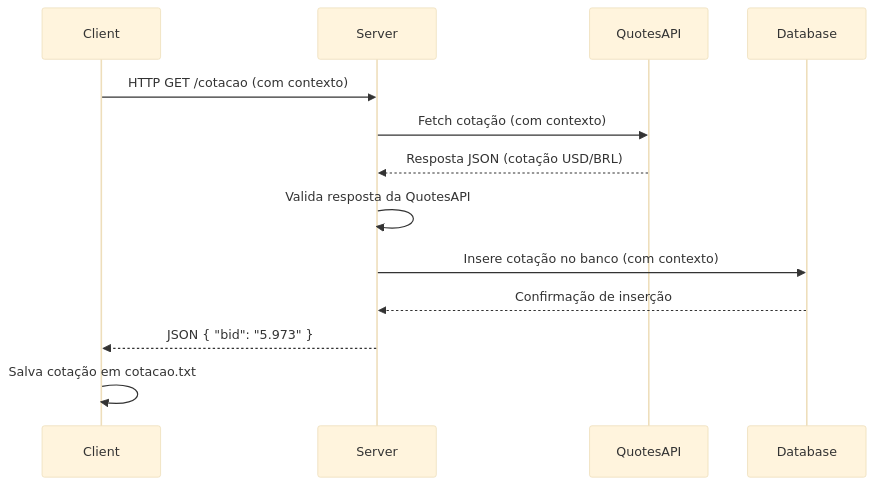
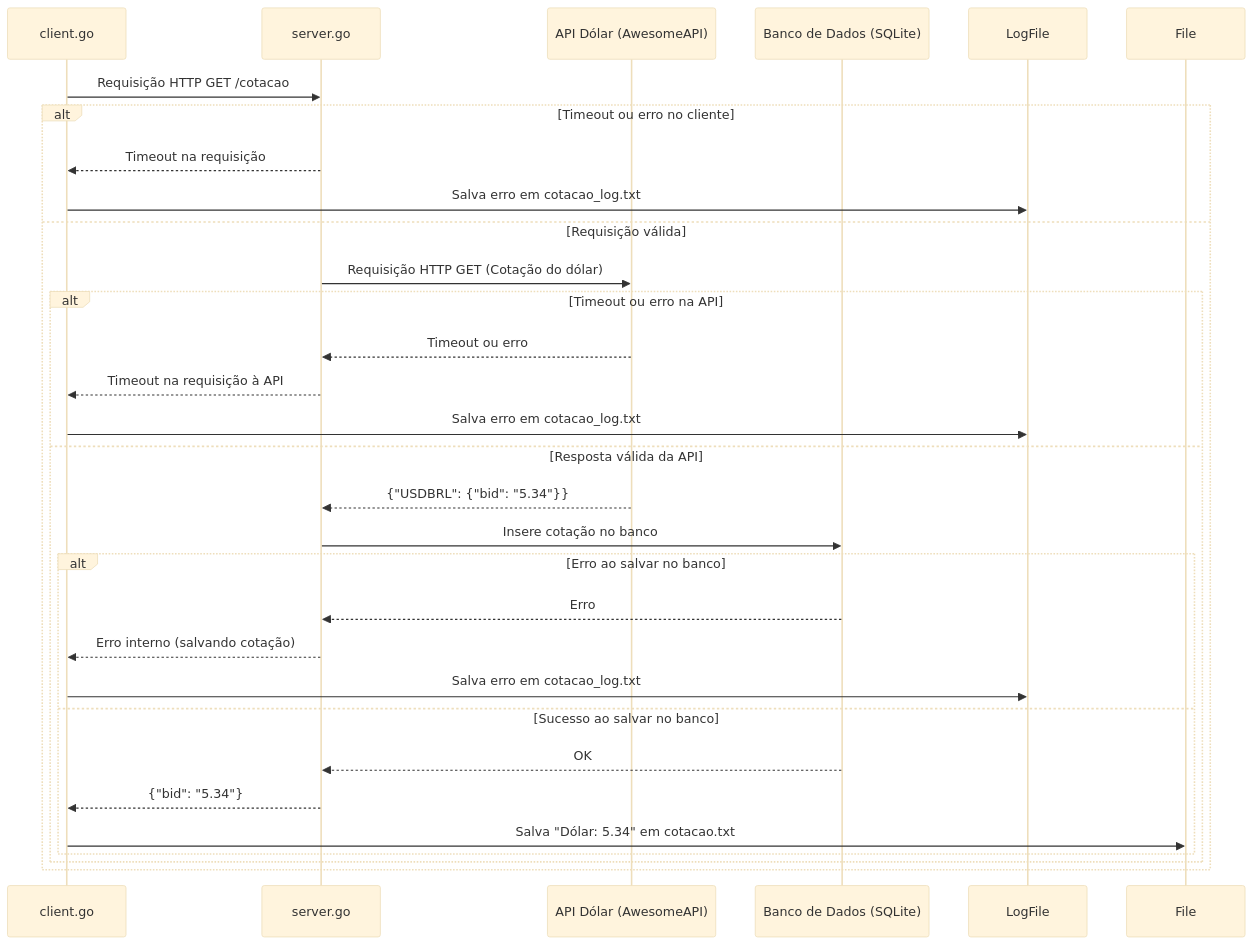
One commit to wellalencarweb/client-server-api changed the diagram in docs/sequenceDiagram.mmd. Above: the diagram before and after it, drawn with Mermaid. The commit also changed 1 other file, not shown here.

Commit message:
docs: :memo: Atualiza mermaid: diagrama de sequencia

```diff
--- a/docs/sequenceDiagram.mmd
+++ b/docs/sequenceDiagram.mmd
@@ -1,17 +1,33 @@
 ---
 config:
   theme: base
 ---
 sequenceDiagram
-    participant Client
-    participant Server
-    participant QuotesAPI
-    participant Database
-    Client->>Server: HTTP GET /cotacao (com contexto)
-    Server->>QuotesAPI: Fetch cotação (com contexto)
-    QuotesAPI-->>Server: Resposta JSON (cotação USD/BRL)
-    Server->>Server: Valida resposta da QuotesAPI
-    Server->>Database: Insere cotação no banco (com contexto)
-    Database-->>Server: Confirmação de inserção
-    Server-->>Client: JSON { "bid": "5.973" }
-    Client->>Client: Salva cotação em cotacao.txt
+    participant Client as client.go
+    participant Server as server.go
+    participant API as API Dólar (AwesomeAPI)
+    participant DB as Banco de Dados (SQLite)
+    Client->>Server: Requisição HTTP GET /cotacao
+    alt Timeout ou erro no cliente
+        Server-->>Client: Timeout na requisição
+        Client->>LogFile: Salva erro em cotacao_log.txt
+    else Requisição válida
+        Server->>API: Requisição HTTP GET (Cotação do dólar)
+        alt Timeout ou erro na API
+            API-->>Server: Timeout ou erro
+            Server-->>Client: Timeout na requisição à API
+            Client->>LogFile: Salva erro em cotacao_log.txt
+        else Resposta válida da API
+            API-->>Server: {"USDBRL": {"bid": "5.34"}}
+            Server->>DB: Insere cotação no banco
+            alt Erro ao salvar no banco
+                DB-->>Server: Erro
+                Server-->>Client: Erro interno (salvando cotação)
+                Client->>LogFile: Salva erro em cotacao_log.txt
+            else Sucesso ao salvar no banco
+                DB-->>Server: OK
+                Server-->>Client: {"bid": "5.34"}
+                Client->>File: Salva "Dólar: 5.34" em cotacao.txt
+            end
+        end
+    end
```
